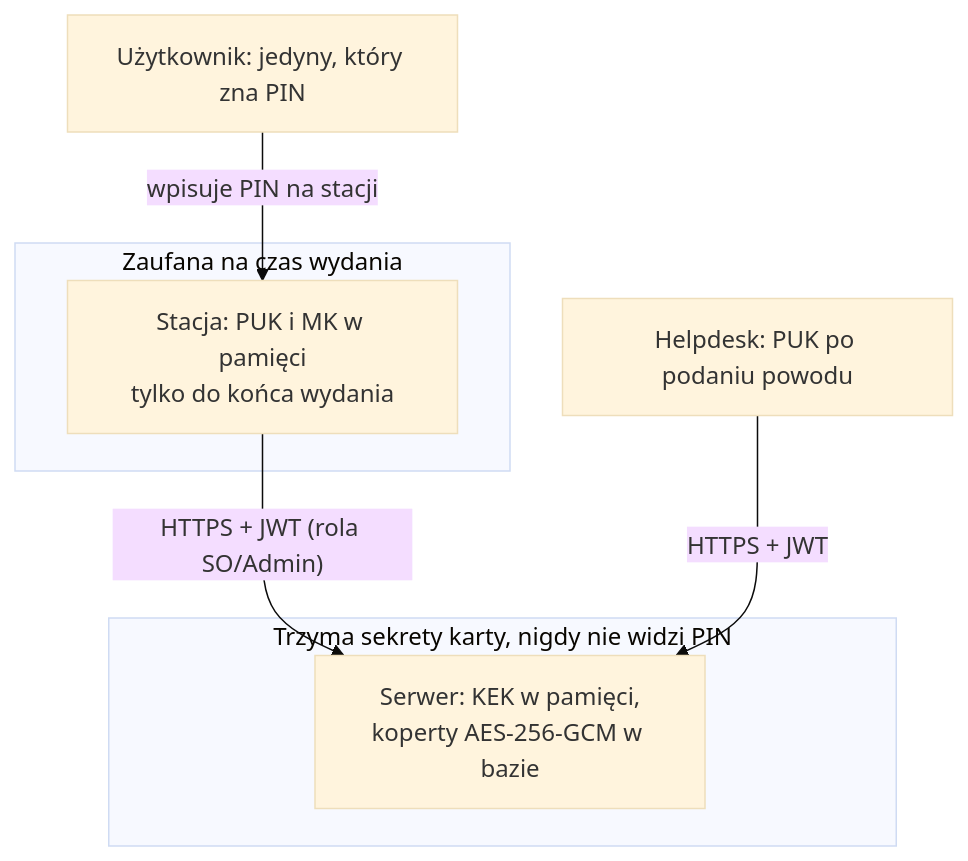
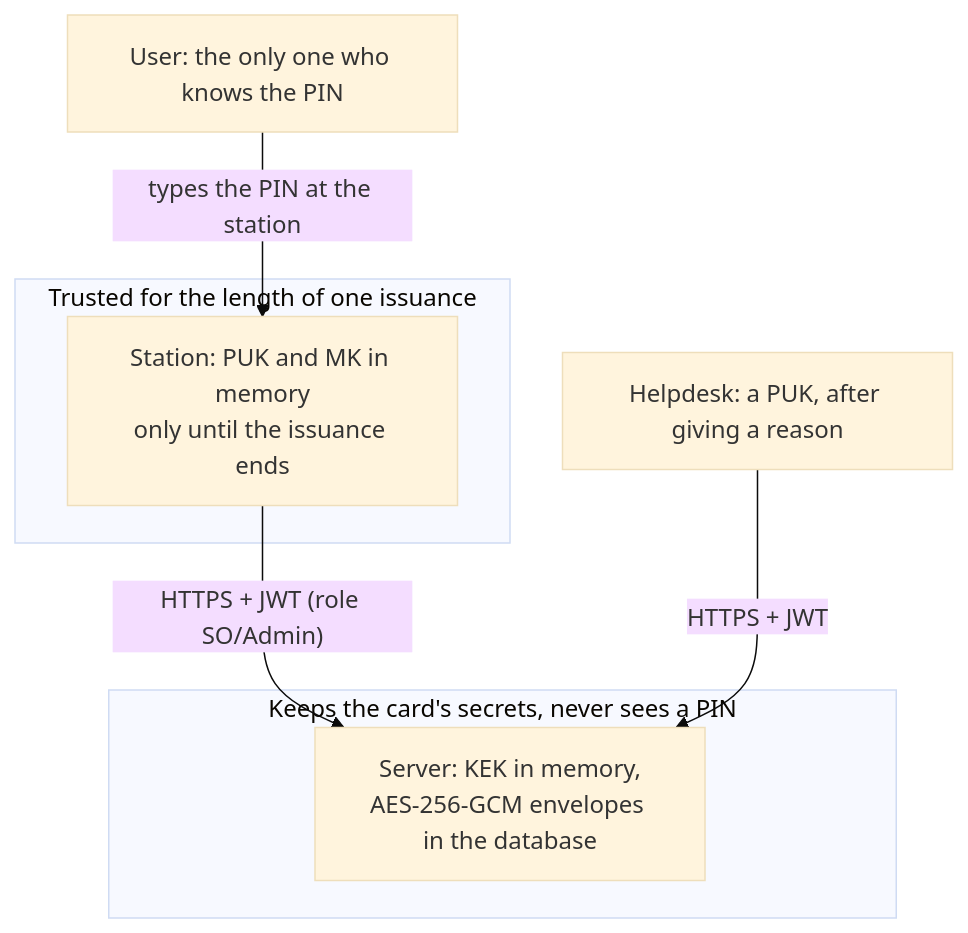
The second of 3 diagrams in docs/01-architecture.md (franekSoftSF/BlinkyLite), drawn with Mermaid (base theme) before and after one commit. The commit also changed other lines of this file and 30 other files, not shown here.

````diff
--- a/docs/01-architecture.md
+++ b/docs/01-architecture.md
@@ -137,12 +142,12 @@
 ```mermaid
 flowchart TB
-    subgraph T1["Trzyma sekrety karty, nigdy nie widzi PIN"]
-        S["Serwer: KEK w pamięci,<br/>koperty AES-256-GCM w bazie"]
+    subgraph T1["Keeps the card's secrets, never sees a PIN"]
+        S["Server: KEK in memory,<br/>AES-256-GCM envelopes in the database"]
     end
-    subgraph T2["Zaufana na czas wydania"]
-        W["Stacja: PUK i MK w pamięci<br/>tylko do końca wydania"]
+    subgraph T2["Trusted for the length of one issuance"]
+        W["Station: PUK and MK in memory<br/>only until the issuance ends"]
     end
-    U["Użytkownik: jedyny, który zna PIN"] -->|wpisuje PIN na stacji| W
-    W -->|"HTTPS + JWT (rola SO/Admin)"| S
-    H["Helpdesk: PUK po podaniu powodu"] -->|"HTTPS + JWT"| S
+    U["User: the only one who knows the PIN"] -->|types the PIN at the station| W
+    W -->|"HTTPS + JWT (role SO/Admin)"| S
+    H["Helpdesk: a PUK, after giving a reason"] -->|"HTTPS + JWT"| S
 ```
````
